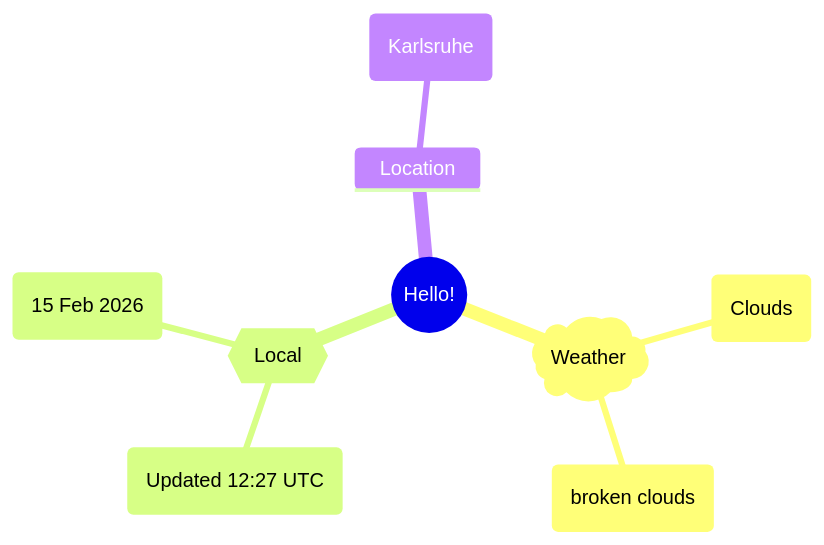
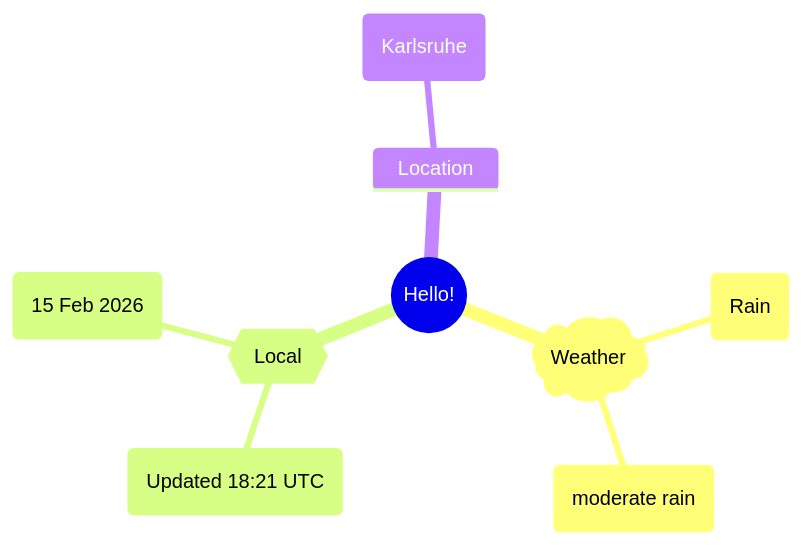
One commit to Xosrov/Xosrov changed the first of 2 diagrams in README.md. Above: the diagram before and after it, drawn with Mermaid.

Commit message:
[bot] updated images

````diff
--- a/README.md
+++ b/README.md
@@ -3,12 +3,12 @@
 ```mermaid
 mindmap
   root((Hello!))
     )Weather(
-        (Clouds)
-        (broken clouds)
+        (Rain)
+        (moderate rain)
     {{Local}}
-        (Updated 12:27 UTC)
+        (Updated 18:21 UTC)
         (15 Feb 2026)
     Location
         (Karlsruhe)
 ```
````
